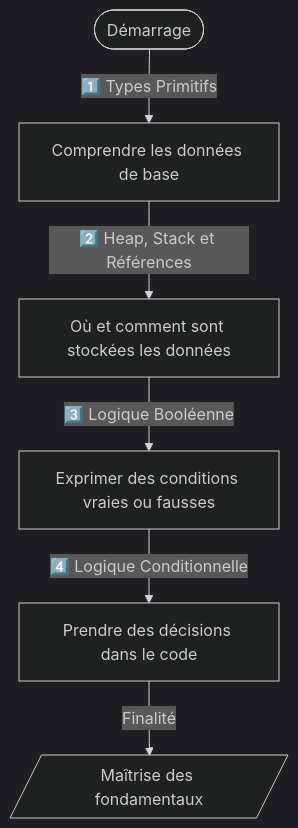
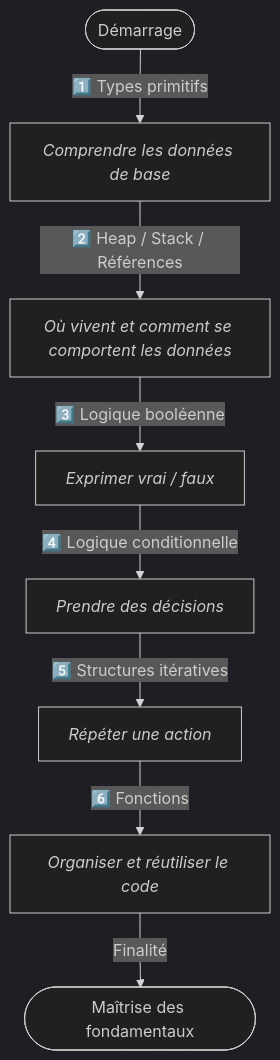
The diagram in docs/bases/fondamentaux/index.md (zyrass/omnydocs), drawn with Mermaid (dark theme) before and after one commit. The commit also changed other lines of this file, not shown here.

Commit message:
refactor: content index for fondamentaux

````diff
--- a/docs/bases/fondamentaux/index.md
+++ b/docs/bases/fondamentaux/index.md
@@ -50,8 +98,10 @@
 ```mermaid
 graph TB
-    Start([Démarrage]) -->|1️⃣ Types Primitifs| TypesPrimitifs["Comprendre les données de base"]
-    TypesPrimitifs -->|2️⃣ Heap, Stack et Références| HeapStack["Où et comment sont stockées les données"]
-    HeapStack -->|3️⃣ Logique Booléenne| LogiqueBool["Exprimer des conditions vraies ou fausses"]
-    LogiqueBool -->|4️⃣ Logique Conditionnelle| LogiqueCond["Prendre des décisions dans le code"]
-    LogiqueCond -->|Finalité| End[/Maîtrise des fondamentaux/]
+    Start([Démarrage]) -->|1️⃣ Types primitifs| TP["<i>Comprendre les données de base</i>"]
+    TP -->|2️⃣ Heap / Stack / Références| Mem["<i>Où vivent et comment se comportent les données</i>"]
+    Mem -->|3️⃣ Logique booléenne| Bool["<i>Exprimer vrai / faux</i>"]
+    Bool -->|4️⃣ Logique conditionnelle| Cond["<i>Prendre des décisions</i>"]
+    Cond -->|5️⃣ Structures itératives| Iter["<i>Répéter une action</i>"]
+    Iter -->|6️⃣ Fonctions| Func["<i>Organiser et réutiliser le code</i>"]
+    Func -->|"Finalité"| End([Maîtrise des fondamentaux])
 ```
````
